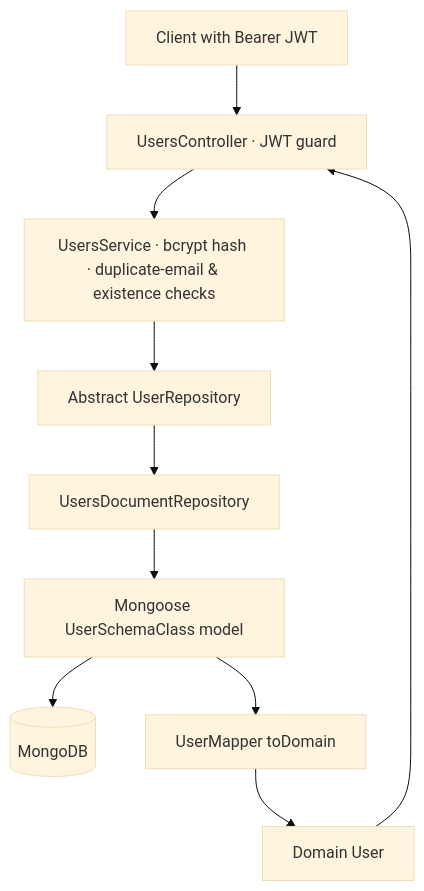
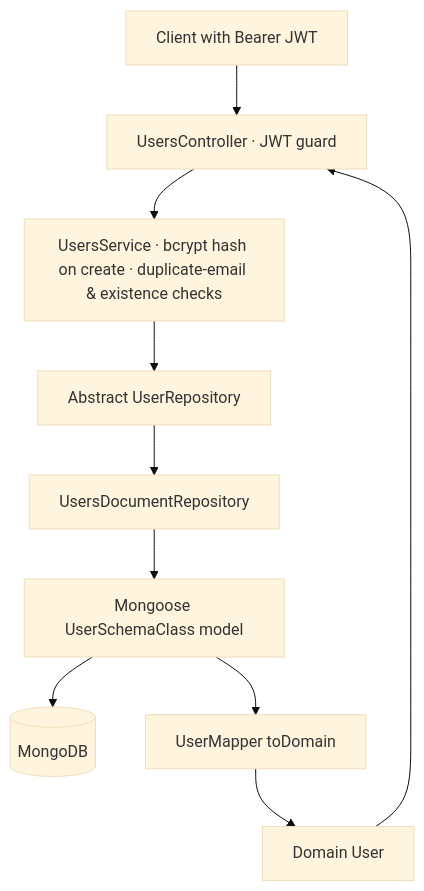
The diagram in backend/src/users/README.md (blitzy-public-samples/pantry-chef-traditional), drawn with Mermaid (base theme) before and after one commit. The commit also changed other lines of this file and 10 other files, not shown here.

````diff
--- a/backend/src/users/README.md
+++ b/backend/src/users/README.md
@@ -145,12 +146,12 @@
 ```mermaid
 flowchart TD
     Client[Client with Bearer JWT] --> Controller[UsersController · JWT guard]
-    Controller --> Service[UsersService · bcrypt hash · duplicate-email & existence checks]
+    Controller --> Service[UsersService · bcrypt hash on create · duplicate-email & existence checks]
     Service --> AbsRepo[Abstract UserRepository]
     AbsRepo --> DocRepo[UsersDocumentRepository]
     DocRepo --> Model[Mongoose UserSchemaClass model]
     Model --> Mongo[(MongoDB)]
     Model --> Mapper[UserMapper toDomain]
     Mapper --> Domain[Domain User]
     Domain --> Controller
 ```
````
